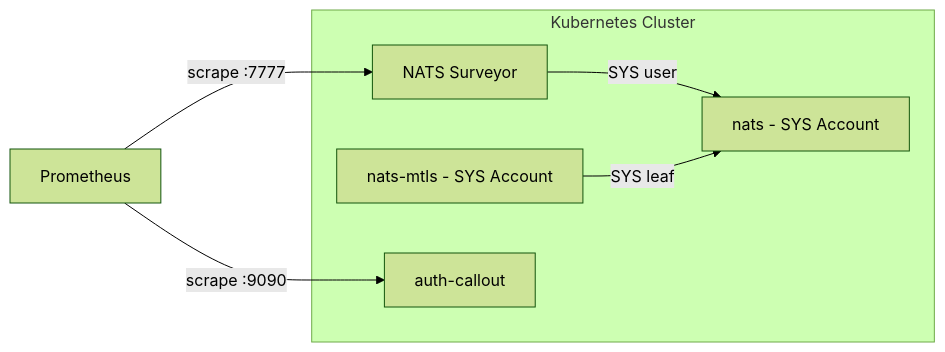
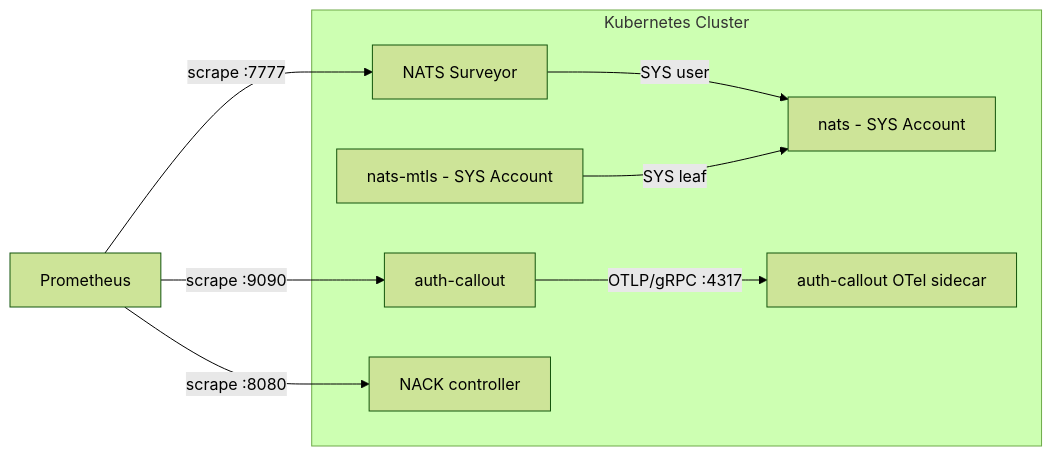
One commit to NVIDIA/dsx-exchange changed the diagram in deploy/README.md. Above: the diagram before and after it, drawn with Mermaid (forest theme). The commit also changed other lines of this file and 9 other files, not shown here.

````diff
--- a/deploy/README.md
+++ b/deploy/README.md
@@ -516,14 +552,18 @@
 ```mermaid
 graph LR
     subgraph Cluster[Kubernetes Cluster]
         Surveyor[NATS Surveyor]
         MainNATS[nats - SYS Account]
         mTLSNATS[nats-mtls - SYS Account]
         AuthCallout[auth-callout]
+        NACK[NACK controller]
+        OTelSidecar[auth-callout OTel sidecar]
     end
     
     Surveyor -->|SYS user| MainNATS
     mTLSNATS -->|SYS leaf| MainNATS
     Prometheus -->|scrape :7777| Surveyor
     Prometheus -->|scrape :9090| AuthCallout
+    Prometheus -->|scrape :8080| NACK
+    AuthCallout -->|OTLP/gRPC :4317| OTelSidecar
 ```
````
